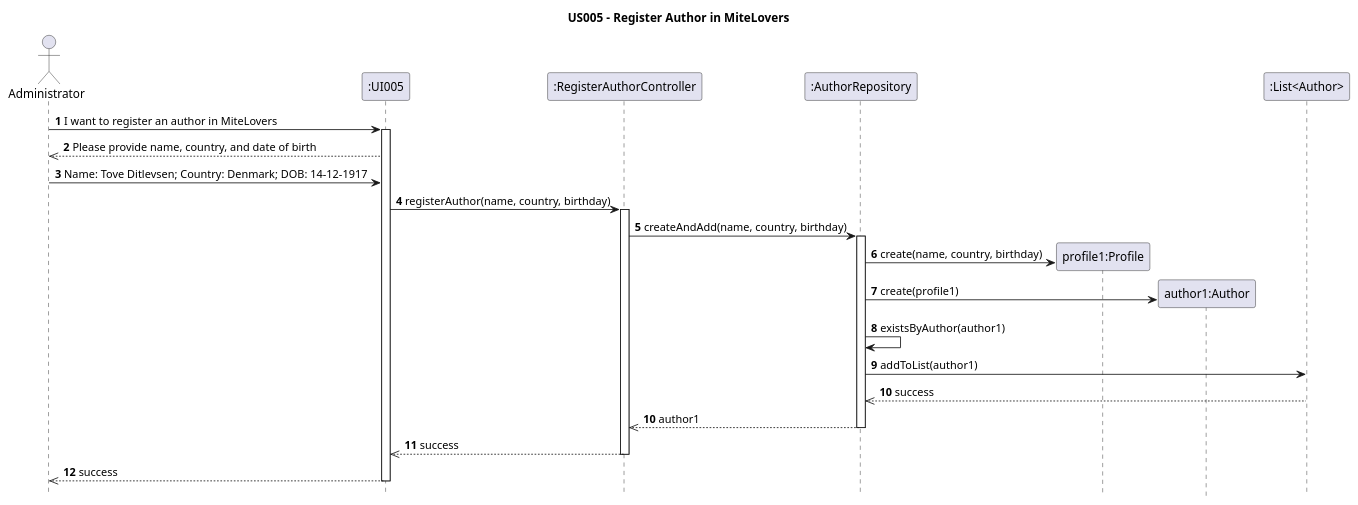
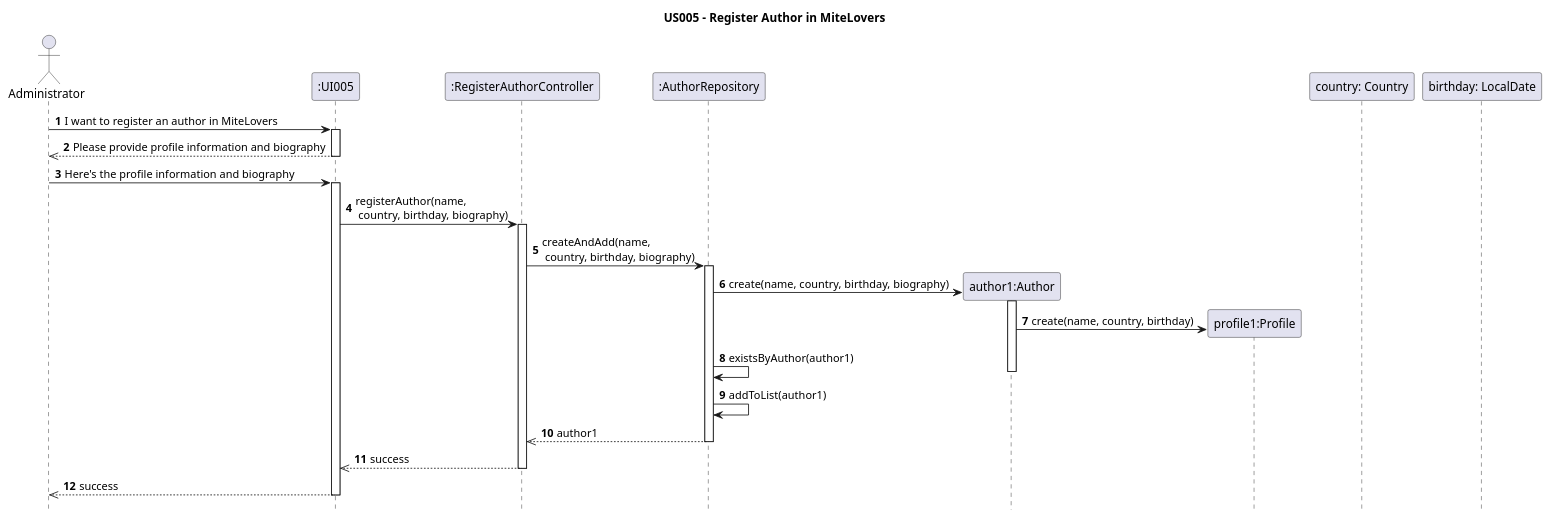
One commit to AndrePereiraGitH/SWitCH-Project-Team_A changed the diagram in Diagrams/SequenceDiagrams/N2/US005 -To-register-an-Author-in-MIteLovers.puml. Above: the diagram before and after it, drawn with PlantUML. The commit also changed 5 other files, not shown here.

```diff
--- a/Diagrams/SequenceDiagrams/N2/US005 -To-register-an-Author-in-MIteLovers.puml
+++ b/Diagrams/SequenceDiagrams/N2/US005 -To-register-an-Author-in-MIteLovers.puml
@@ -1,49 +1,59 @@
 @startuml
 hide footbox
 title US005 - Register Author in MiteLovers
 
 actor Administrator
 participant ":UI005" as UI
 
+autoNumber
 
 
 participant ":RegisterAuthorController" as C
 
 
 
 participant ":AuthorRepository" as R
 
-Administrator -> UI : **1** I want to register an author in MiteLovers
+Administrator -> UI :  I want to register an author in MiteLovers
 activate UI
-UI -->> Administrator : **2** Please provide name, country, and date of birth
-Administrator -> UI : **3** Name: Tove Ditlevsen; Country: Denmark; DOB: 14-12-1917
 
-UI -> C : **4** registerAuthor(name, country, birthday)
+UI -->> Administrator :  Please provide profile information and biography
+deactivate
+
+Administrator -> UI :  Here's the profile information and biography
+activate UI
+UI -> C : registerAuthor(name, \n country, birthday, biography)
 activate C
 
-C -> R : **5** createAndAdd(name, country, birthday)
+C -> R :  createAndAdd(name, \n country, birthday, biography)
 activate R
 
 
 
-  create "profile1:Profile" as P
-  R -> P : **6** create(name, country, birthday)
+ create participant "author1:Author" as A
+ R -> A ++ : create(name, country, birthday, biography)
 
-  create "author1:Author" as A
-  R -> A : **7** create(profile1)
-  R -> R : **8** existsByAuthor(author1)
+ create "profile1:Profile" as P
+ A -> P : create(name, country, birthday)
 
-participant ":List<Author>" as LA
+ R -> R : existsByAuthor(author1)
+ deactivate A
 
-  R -> LA : **9** addToList(author1)
-  LA -->> R : **10** success
 
-  R -->> C : **10** author1
+
+  R -> R : addToList(author1)
+
+  R -->> C :  author1
 
 deactivate R
-C -->> UI : **11** success
+C -->> UI :  success
 deactivate C
 
-UI -->> Administrator : **12** success
+UI -->> Administrator :  success
 deactivate UI
+
+
+participant "country: Country"
+participant "birthday: LocalDate"
+
 @enduml
```
